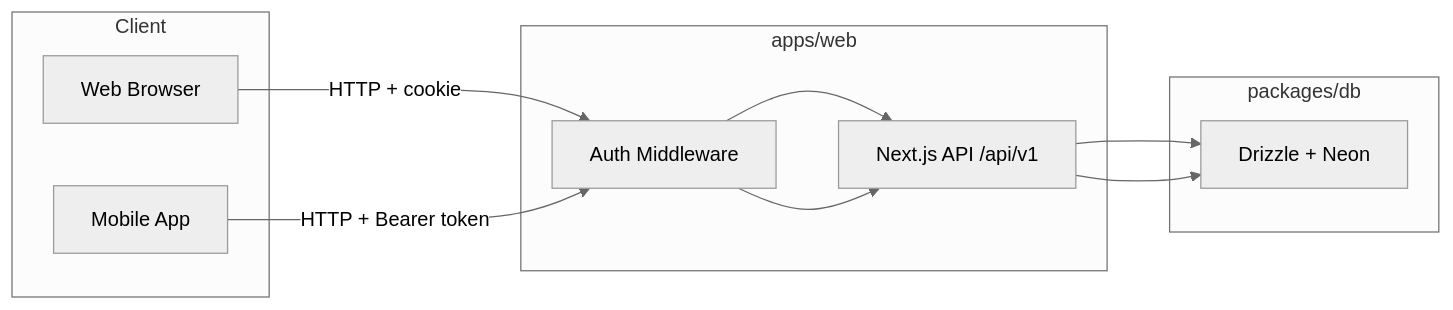
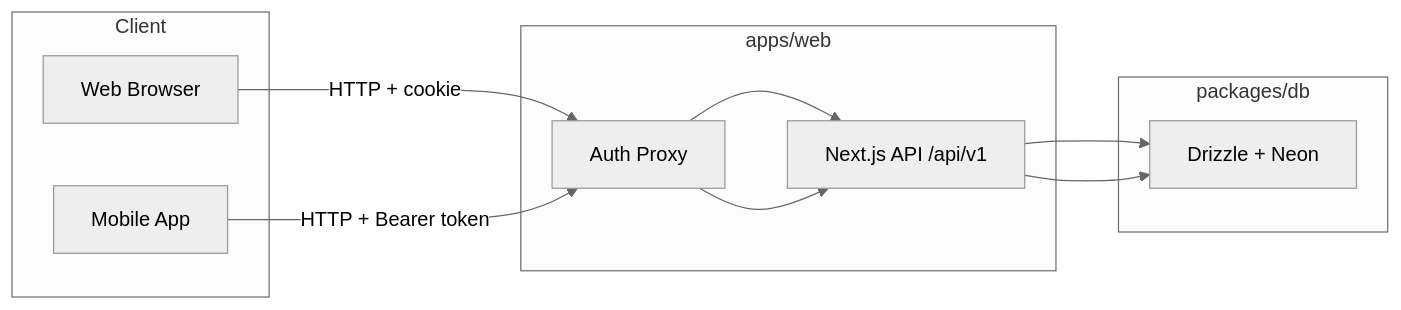
Before and after one commit to micheltsarasoa/expense-tracker-v2: the first of 2 diagrams in docs/specs/spec-monorepo.md, drawn with Mermaid (neutral theme). The commit also changed other lines of this file and 2 other files, not shown here.

Commit message:
docs: rename middleware to proxy across all specs (Next.js 16)
Next.js 16 renamed middleware.ts → proxy.ts and the exported
function from `middleware` to `proxy`. Updated all references
in installation-manual.md, spec-auth.md, and spec-monorepo.md.

https://claude.ai/code/session_01VQuM1LebDcEknNfViJUDtR

````diff
--- a/docs/specs/spec-monorepo.md
+++ b/docs/specs/spec-monorepo.md
@@ -56,17 +56,17 @@
 ```mermaid
 graph LR
   subgraph Client
     W[Web Browser]
     M[Mobile App]
   end
   subgraph apps/web
     API[Next.js API /api/v1]
-    MW[Auth Middleware]
+    MW[Auth Proxy]
   end
   subgraph packages/db
     DB[Drizzle + Neon]
   end
 
   W -->|HTTP + cookie| MW --> API --> DB
   M -->|HTTP + Bearer token| MW --> API --> DB
 ```
````
